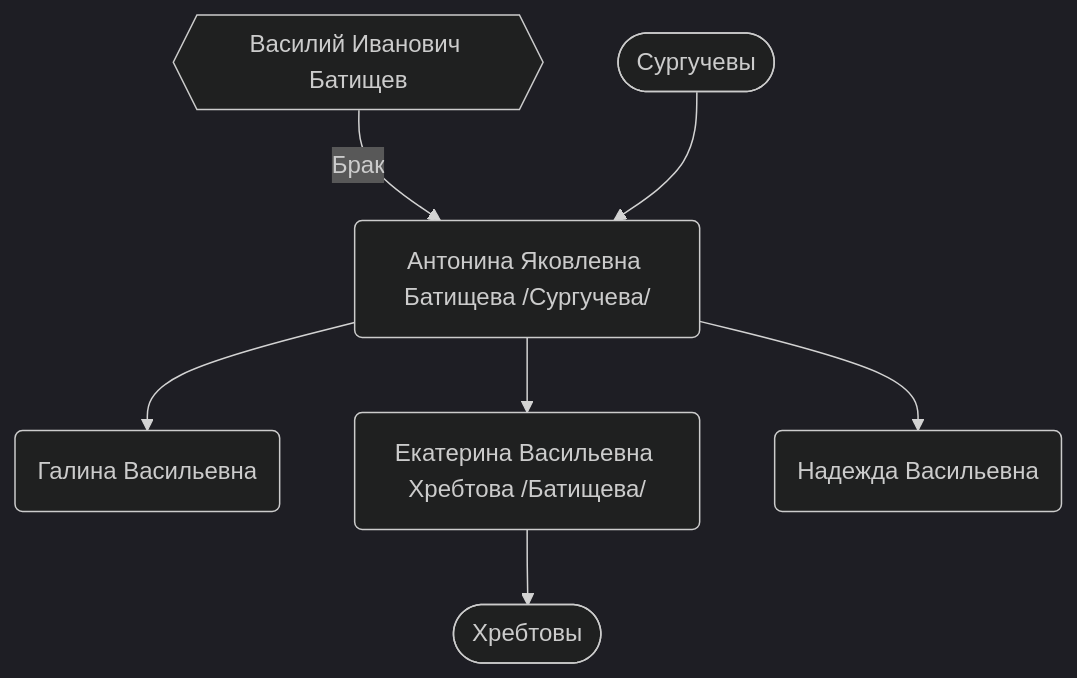
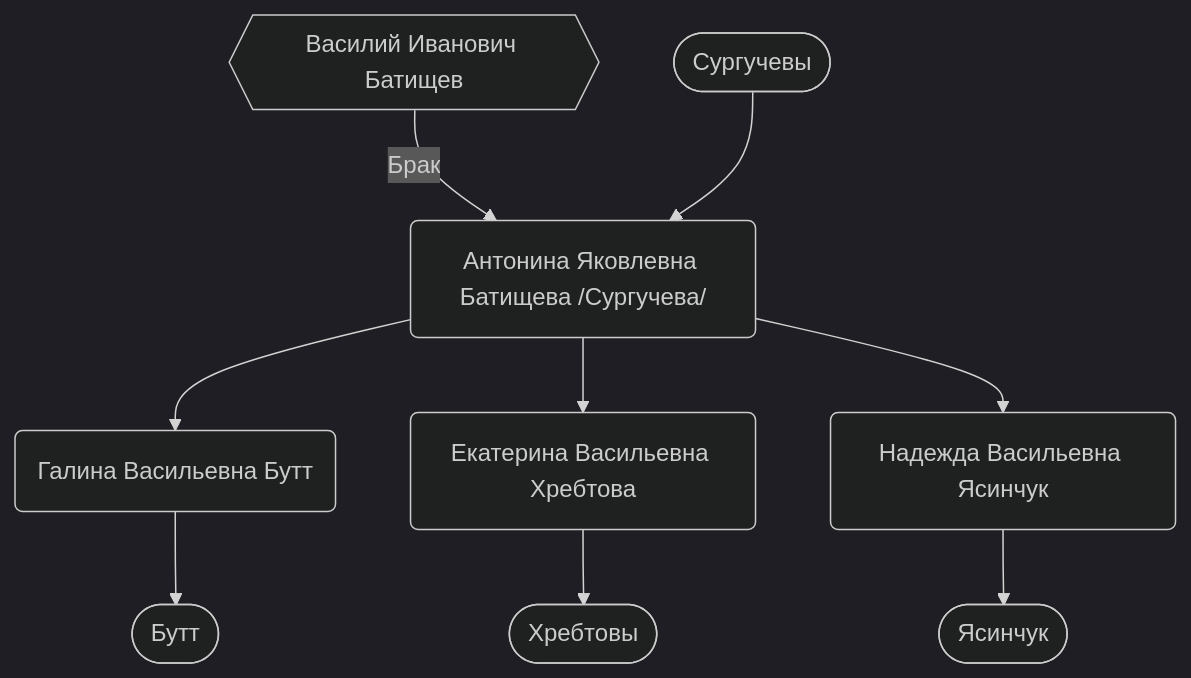
Before and after one commit to EryxSpp/VM: the diagram in Батищевы/index.qmd, drawn with Mermaid (dark theme). The commit also changed other lines of this file and 14 other files, not shown here.

````diff
--- a/Батищевы/index.qmd
+++ b/Батищевы/index.qmd
@@ -6,17 +5,19 @@
 ```{mermaid}
 %%| fig-width: 30%
 
 flowchart TD
   A{{Василий Иванович Батищев}} --"Брак" --> B(Антонина Яковлевна Батищева /Сургучева/)
   T1([Сургучевы]) --> B
-  B --> C(Галина Васильевна)
-  B --> D(Екатерина Васильевна Хребтова /Батищева/)
-  B --> E(Надежда Васильевна)
-  D --> T2([Хребтовы])
-  click A "/Батищевы/Василий_Иванович/index.html" "Василий\nИванович"
-  click B "/Батищевы/Антонина_Яковлевна/index.html" "Антонина\nЯковлевна"
-  click C "/Батищевы/Галина_Васильевна/index.html" "Галина\nВасильевна"
-  click D "/Батищевы/Екатерина_Васильевна/index.html" "Екатерина\nВасильевна"
-  click E "/Батищевы/Надежда_Васильевна/index.html" "Надежда\nВасильевна"
+  B --> C(Галина Васильевна Бутт)
+  B --> D(Екатерина Васильевна Хребтова)
+  B --> E(Надежда Васильевна Ясинчук)
+  C --> T2([Бутт])
+  D --> T3([Хребтовы])
+  E --> T4([Ясинчук])
+  click A "//Батищевы/Василий_Иванович/index.html" "Василий\nИванович"
+  click B "//Батищевы/Антонина_Яковлевна/index.html" "Антонина\nЯковлевна"
+  click C "//Батищевы/Галина_Васильевна/index.html" "Галина\nВасильевна"
+  click D "//Батищевы/Екатерина_Васильевна/index.html" "Екатерина\nВасильевна"
+  click E "//Батищевы/Надежда_Васильевна/index.html" "Надежда\nВасильевна"
 
 ```
````
